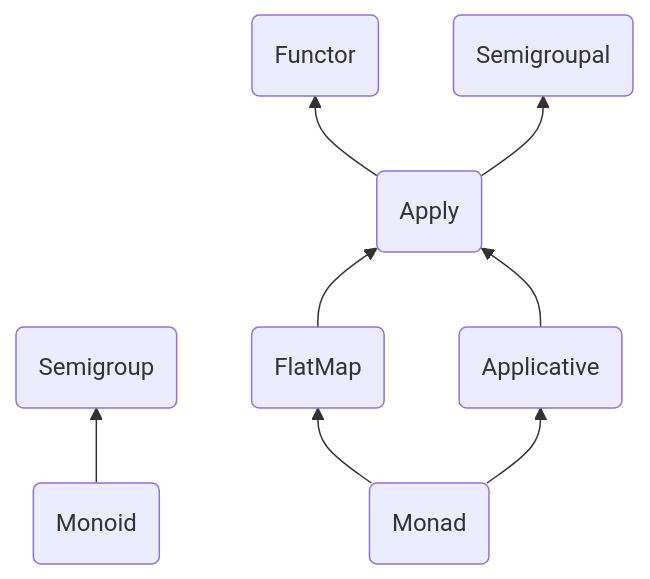
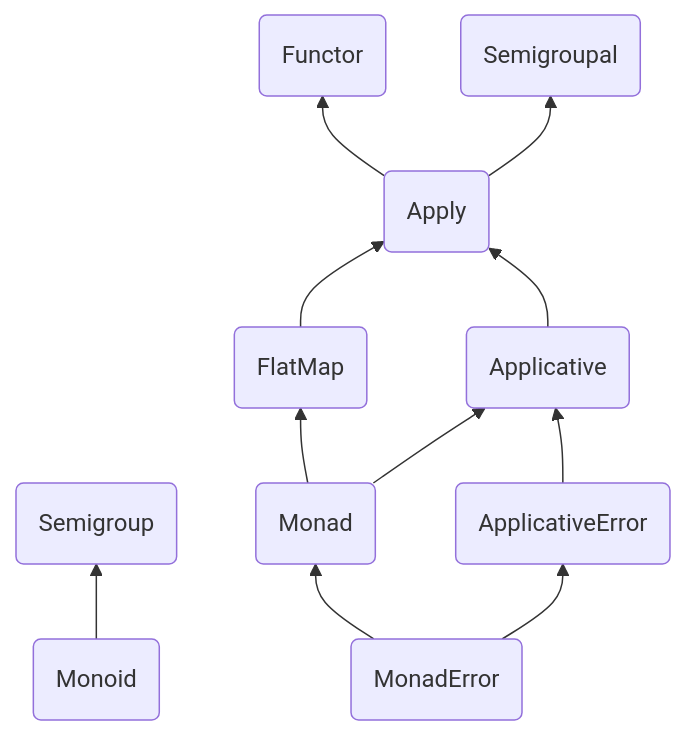
The diagram in m4-type-classes/docs/00-TypeClassHierachy.md (DarrenBishop/cats-course), drawn with Mermaid before and after one commit. The commit also changed 3 other files, not shown here.

````diff
--- a/m4-type-classes/docs/00-TypeClassHierachy.md
+++ b/m4-type-classes/docs/00-TypeClassHierachy.md
@@ -3,10 +3,13 @@
 ```mermaid
 flowchart BT
-    MO(Monoid) --> S(Semigroup)
-    MA(Monad) --> FM(FlatMap)
+    MD(Monoid) --> S(Semigroup)
+    ME(MonadError) --> M(Monad)
+    ME --> AE(ApplicativeError)
+    M --> FM(FlatMap)
     FM --> AP(Apply)
-    MA --> A(Applicative)
+    M --> A(Applicative)
+    AE --> A
     A --> AP
     AP --> F(Functor)
     AP --> SL(Semigroupal)
 ```
````
